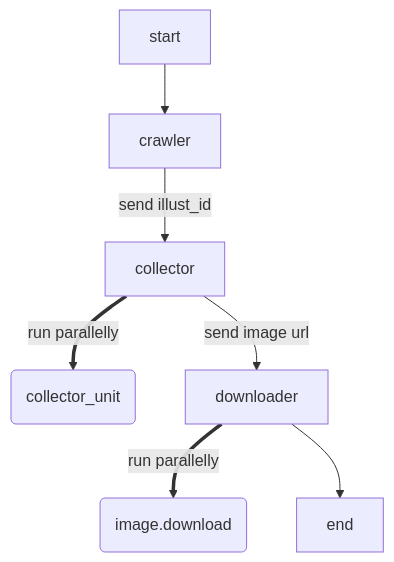
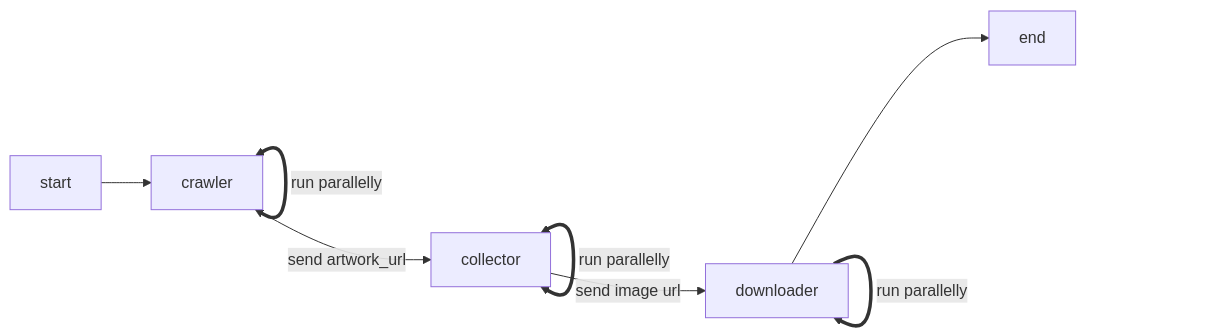
One commit to CWHer/PixivCrawler changed the diagram in README.md. Above: the diagram before and after it, drawn with Mermaid. The commit also changed other lines of this file and 4 other files, not shown here.

````diff
--- a/README.md
+++ b/README.md
@@ -13,9 +47,10 @@
 ```mermaid
-graph TD;
+graph LR;
 	F[start]-->A;
-	A[crawler]--send illust_id-->B[collector];
-	B==run parallelly==>C(collector_unit);
+	A<==run parallelly==>A;
+	A[crawler]--send artwork_url-->B[collector];
+	B<==run parallelly==>B;
 	B--send image url-->D[downloader];
-	D==run parallelly==>G(image.download);
+	D==run parallelly==>D;
 	D-->E[end];
 ```
````
